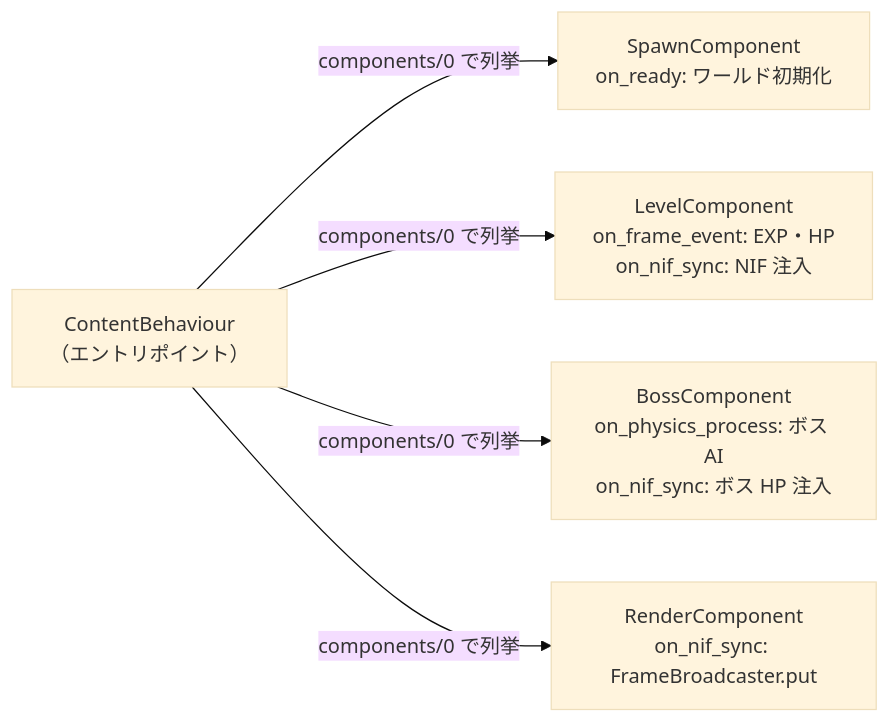
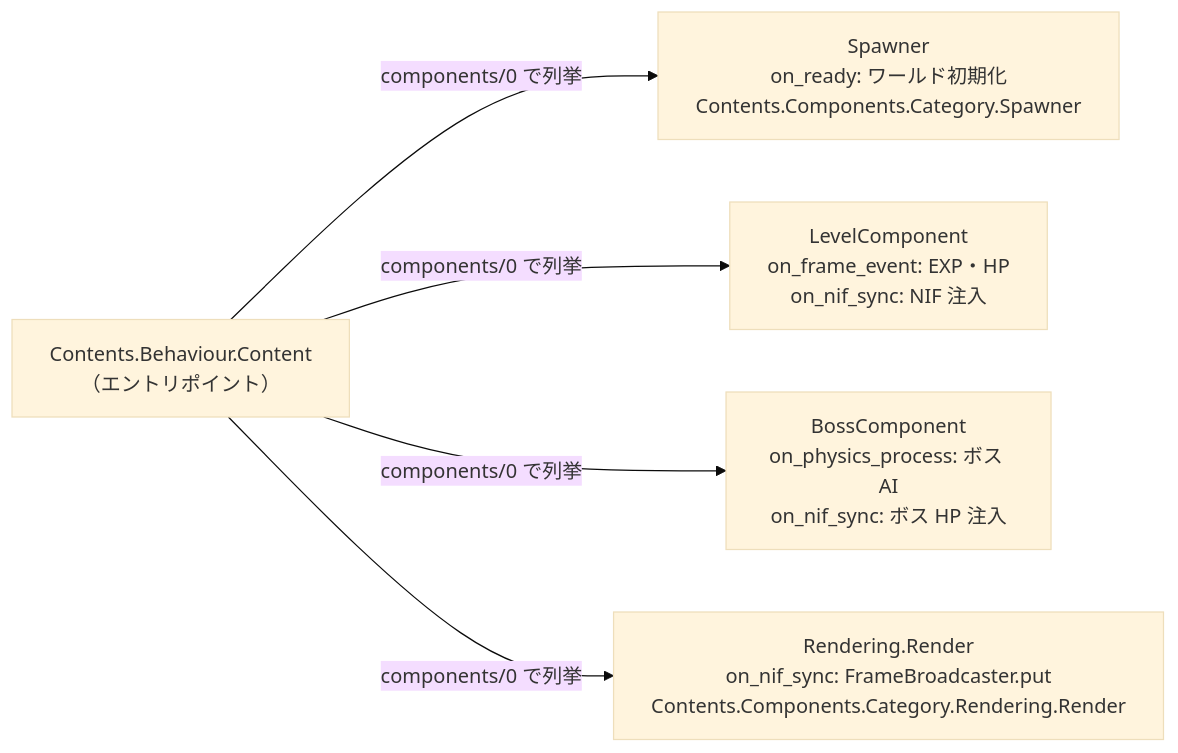
One commit to FRICK-ELDY/alchemy-engine changed the first of 3 diagrams in docs/architecture/elixir/contents.md. Above: the diagram before and after it, drawn with Mermaid (base theme). The commit also changed other lines of this file and 7 other files, not shown here.

````diff
--- a/docs/architecture/elixir/contents.md
+++ b/docs/architecture/elixir/contents.md
@@ -15,13 +15,13 @@
 ```mermaid
 graph LR
-    CB["ContentBehaviour\n（エントリポイント）"]
-    SC["SpawnComponent\non_ready: ワールド初期化"]
+    CB["Contents.Behaviour.Content\n（エントリポイント）"]
+    SC["Spawner\non_ready: ワールド初期化\nContents.Components.Category.Spawner"]
     LC["LevelComponent\non_frame_event: EXP・HP\non_nif_sync: NIF 注入"]
     BC["BossComponent\non_physics_process: ボス AI\non_nif_sync: ボス HP 注入"]
-    RC["RenderComponent\non_nif_sync: FrameBroadcaster.put"]
+    RC["Rendering.Render\non_nif_sync: FrameBroadcaster.put\nContents.Components.Category.Rendering.Render"]
 
     CB -->|components/0 で列挙| SC
     CB -->|components/0 で列挙| LC
     CB -->|components/0 で列挙| BC
     CB -->|components/0 で列挙| RC
 ```
````
